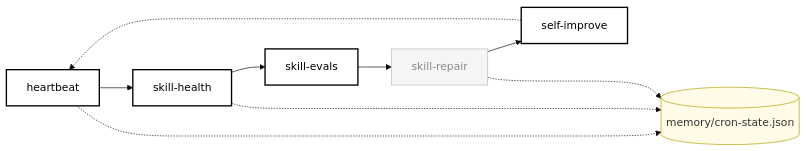
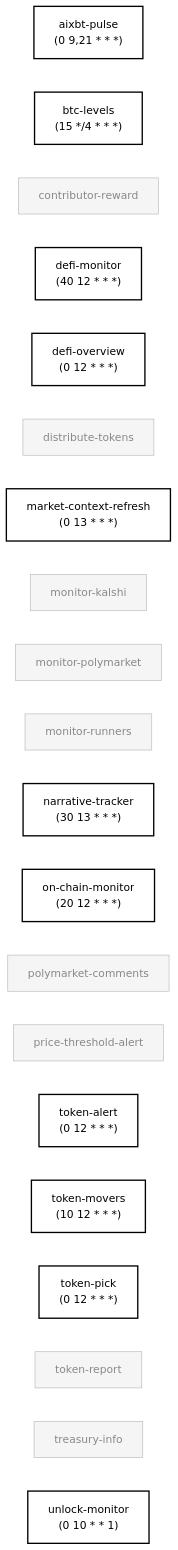
One commit to anajuliabit/aeon changed the third of 7 diagrams in docs/skill-graph.md. Above: the diagram before and after it, drawn with Mermaid (base theme). The commit also changed other lines of this file and 2 other files, not shown here.

Commit message:
docs(skill-graph): regenerate map (RETIRED_SKILLS: -4 | SHARED_STATE_EDGES: 195->9)

````diff
--- a/docs/skill-graph.md
+++ b/docs/skill-graph.md
@@ -54,28 +61,66 @@
 ```mermaid
 flowchart LR
-    heartbeat["heartbeat"]:::enabled
-    skill-health["skill-health"]:::enabled
-    skill-evals["skill-evals"]:::enabled
-    skill-repair["skill-repair"]:::disabled
-    self-improve["self-improve"]:::enabled
-    cron-state[("memory/cron-state.json")]:::state
-
-    heartbeat --> skill-health
-    skill-health --> skill-evals
-    skill-evals --> skill-repair
-    skill-repair --> self-improve
-    self-improve -.-> heartbeat
-    heartbeat -..-> cron-state
-    skill-health -..-> cron-state
-    skill-repair -..-> cron-state
-
-    click heartbeat "../skills/heartbeat/SKILL.md"
-    click skill-health "../skills/skill-health/SKILL.md"
-    click skill-evals "../skills/skill-evals/SKILL.md"
-    click skill-repair "../skills/skill-repair/SKILL.md"
-    click self-improve "../skills/self-improve/SKILL.md"
-
-    classDef enabled fill:#fff,stroke:#000,stroke-width:2px,color:#000
-    classDef disabled fill:#f5f5f5,stroke:#bbb,color:#888
-    classDef state fill:#fffbe6,stroke:#b3a000,color:#333
+  aixbt_pulse["aixbt-pulse<br/>(0 9,21 * * *)"]
+  btc_levels["btc-levels<br/>(15 */4 * * *)"]
+  contributor_reward["contributor-reward"]
+  defi_monitor["defi-monitor<br/>(40 12 * * *)"]
+  defi_overview["defi-overview<br/>(0 12 * * *)"]
+  distribute_tokens["distribute-tokens"]
+  market_context_refresh["market-context-refresh<br/>(0 13 * * *)"]
+  monitor_kalshi["monitor-kalshi"]
+  monitor_polymarket["monitor-polymarket"]
+  monitor_runners["monitor-runners"]
+  narrative_tracker["narrative-tracker<br/>(30 13 * * *)"]
+  on_chain_monitor["on-chain-monitor<br/>(20 12 * * *)"]
+  polymarket_comments["polymarket-comments"]
+  price_threshold_alert["price-threshold-alert"]
+  token_alert["token-alert<br/>(0 12 * * *)"]
+  token_movers["token-movers<br/>(10 12 * * *)"]
+  token_pick["token-pick<br/>(0 12 * * *)"]
+  token_report["token-report"]
+  treasury_info["treasury-info"]
+  unlock_monitor["unlock-monitor<br/>(0 10 * * 1)"]
+  class aixbt_pulse enabled
+  click aixbt_pulse "../skills/aixbt-pulse/SKILL.md"
+  class btc_levels enabled
+  click btc_levels "../skills/btc-levels/SKILL.md"
+  class contributor_reward disabled
+  click contributor_reward "../skills/contributor-reward/SKILL.md"
+  class defi_monitor enabled
+  click defi_monitor "../skills/defi-monitor/SKILL.md"
+  class defi_overview enabled
+  click defi_overview "../skills/defi-overview/SKILL.md"
+  class distribute_tokens disabled
+  click distribute_tokens "../skills/distribute-tokens/SKILL.md"
+  class market_context_refresh enabled
+  click market_context_refresh "../skills/market-context-refresh/SKILL.md"
+  class monitor_kalshi disabled
+  click monitor_kalshi "../skills/monitor-kalshi/SKILL.md"
+  class monitor_polymarket disabled
+  click monitor_polymarket "../skills/monitor-polymarket/SKILL.md"
+  class monitor_runners disabled
+  click monitor_runners "../skills/monitor-runners/SKILL.md"
+  class narrative_tracker enabled
+  click narrative_tracker "../skills/narrative-tracker/SKILL.md"
+  class on_chain_monitor enabled
+  click on_chain_monitor "../skills/on-chain-monitor/SKILL.md"
+  class polymarket_comments disabled
+  click polymarket_comments "../skills/polymarket-comments/SKILL.md"
+  class price_threshold_alert disabled
+  click price_threshold_alert "../skills/price-threshold-alert/SKILL.md"
+  class token_alert enabled
+  click token_alert "../skills/token-alert/SKILL.md"
+  class token_movers enabled
+  click token_movers "../skills/token-movers/SKILL.md"
+  class token_pick enabled
+  click token_pick "../skills/token-pick/SKILL.md"
+  class token_report disabled
+  click token_report "../skills/token-report/SKILL.md"
+  class treasury_info disabled
+  click treasury_info "../skills/treasury-info/SKILL.md"
+  class unlock_monitor enabled
+  click unlock_monitor "../skills/unlock-monitor/SKILL.md"
+  classDef enabled fill:#fff,stroke:#000,stroke-width:2px,color:#000
+  classDef disabled fill:#f5f5f5,stroke:#bbb,color:#888
+  classDef external fill:none,stroke:#bbb,stroke-dasharray:3 3,color:#888
 ```
````
